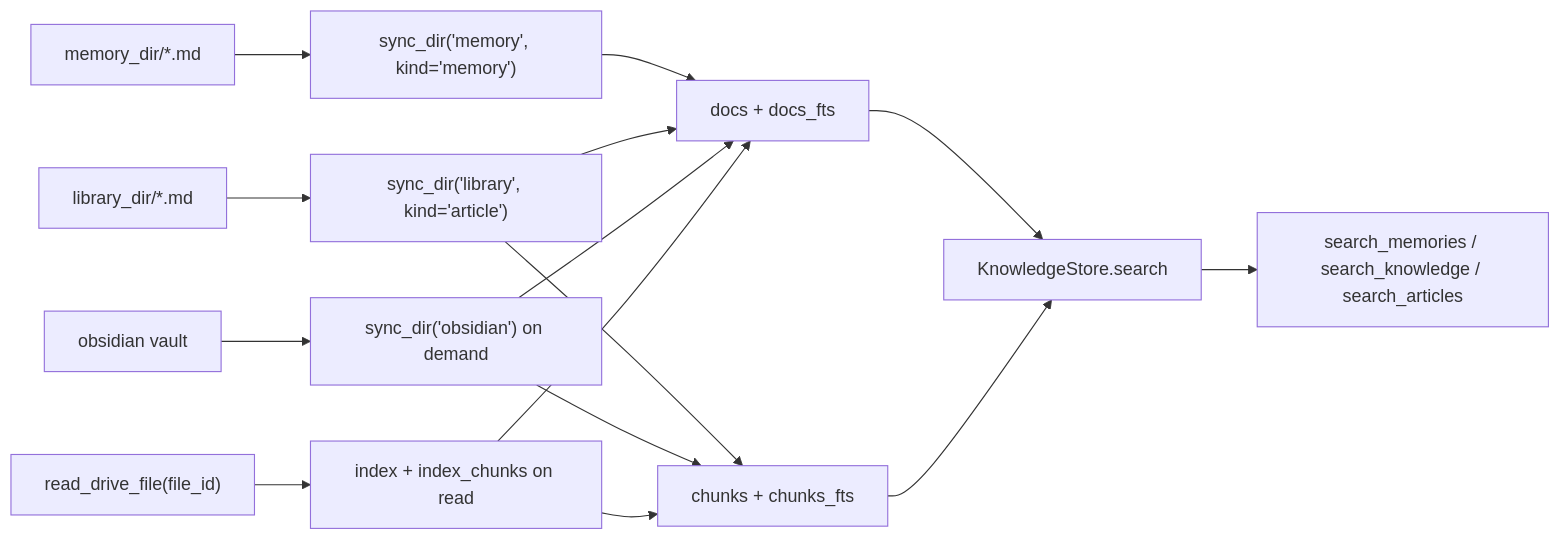
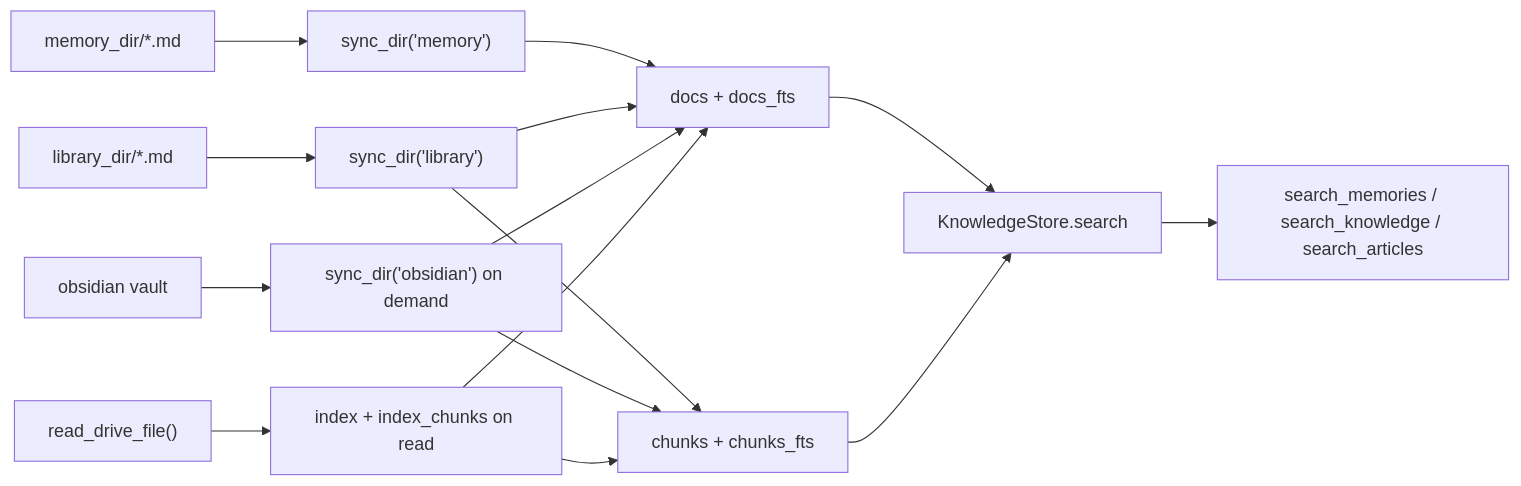
One commit to binlecode/co-cli changed the second of 2 diagrams in docs/DESIGN-context.md. Above: the diagram before and after it, drawn with Mermaid. The commit also changed other lines of this file and 4 other files, not shown here.

````diff
--- a/docs/DESIGN-context.md
+++ b/docs/DESIGN-context.md
@@ -300,20 +204,20 @@
 ```mermaid
 flowchart LR
-    Memories["memory_dir/*.md"] --> SyncMem["sync_dir('memory', kind='memory')"]
-    Library["library_dir/*.md"] --> SyncLib["sync_dir('library', kind='article')"]
+    Memories["memory_dir/*.md"] --> SyncMem["sync_dir('memory')"]
+    Library["library_dir/*.md"] --> SyncLib["sync_dir('library')"]
     Obsidian["obsidian vault"] --> SyncObs["sync_dir('obsidian') on demand"]
-    Drive["read_drive_file(file_id)"] --> CacheDrive["index + index_chunks on read"]
+    Drive["read_drive_file()"] --> CacheDrive["index + index_chunks on read"]
 
     SyncMem --> Docs["docs + docs_fts"]
     SyncLib --> Docs
     SyncObs --> Docs
     CacheDrive --> Docs
 
     SyncLib --> Chunks["chunks + chunks_fts"]
     SyncObs --> Chunks
     CacheDrive --> Chunks
 
     Docs --> Search["KnowledgeStore.search"]
     Chunks --> Search
     Search --> Tools["search_memories / search_knowledge / search_articles"]
 ```
````
